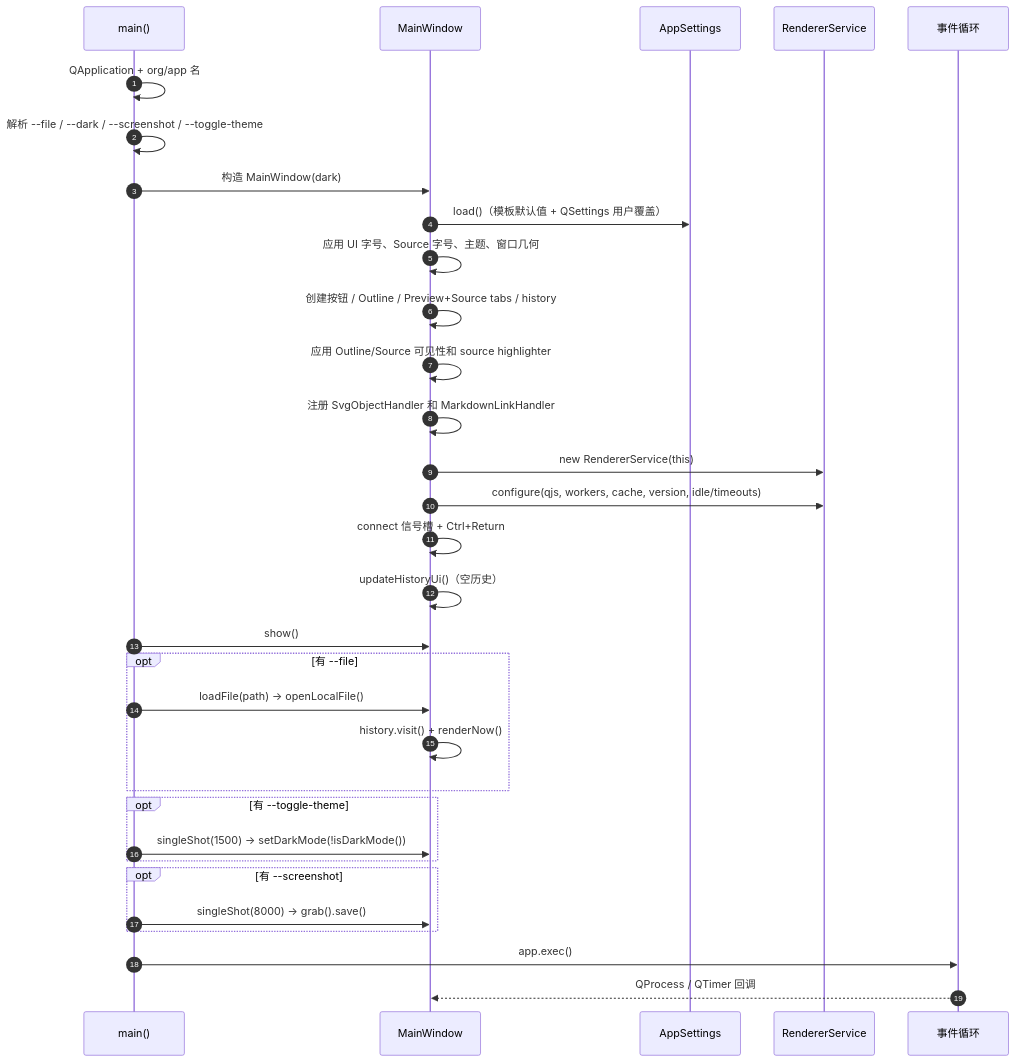
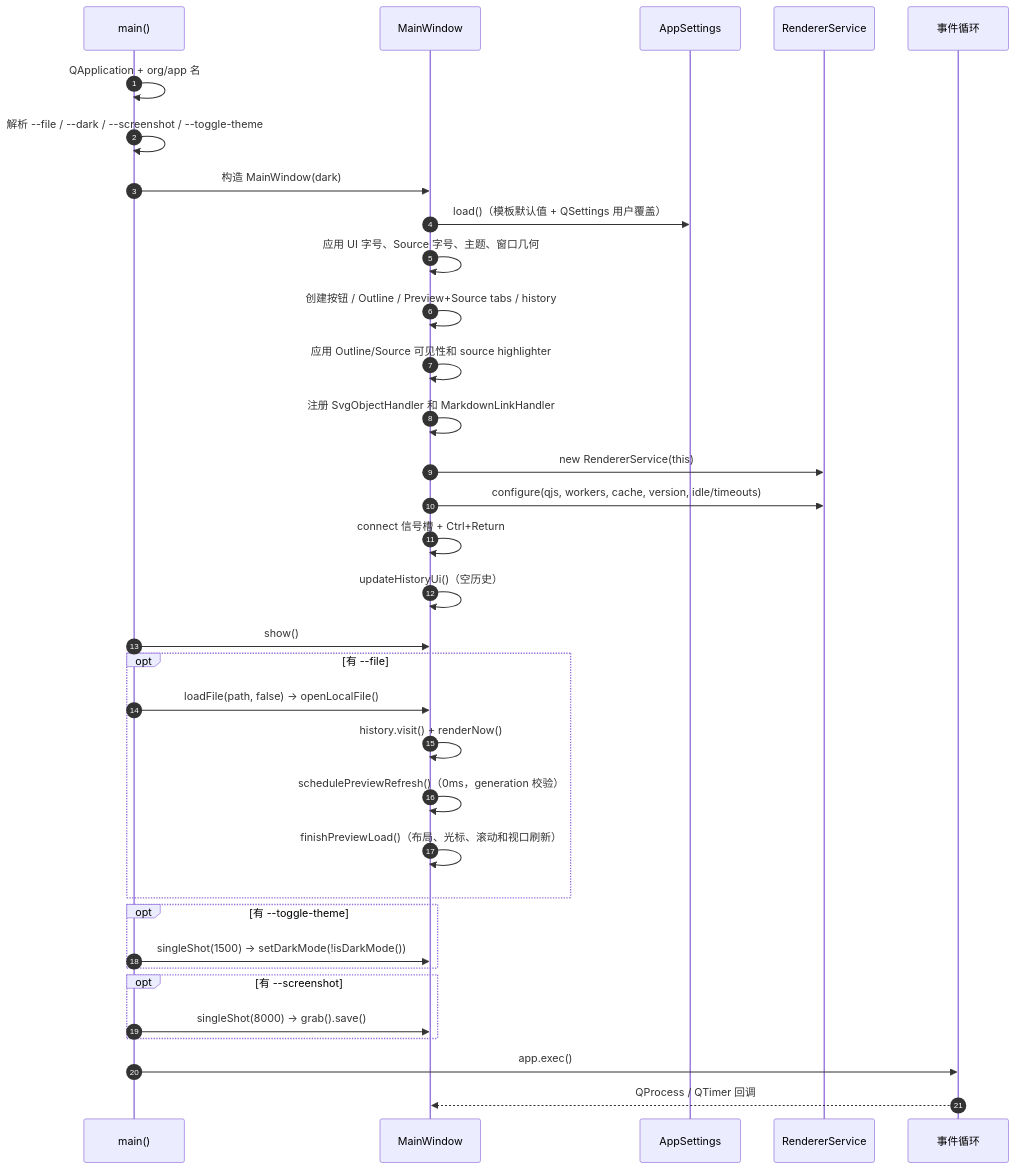
The first of 12 diagrams in docs/FLOW.md (iLogIng/qt-rich-text-renderer), drawn with Mermaid before and after one commit. The commit also changed other lines of this file and 6 other files, not shown here.

First line of the commit message:
fix: unify file loading and normalize preview refresh

````diff
--- a/docs/FLOW.md
+++ b/docs/FLOW.md
@@ -11,35 +11,37 @@
 ```mermaid
 sequenceDiagram
     autonumber
     participant M as main()
     participant W as MainWindow
     participant A as AppSettings
     participant S as RendererService
     participant E as 事件循环
 
     M->>M: QApplication + org/app 名
     M->>M: 解析 --file / --dark / --screenshot / --toggle-theme
     M->>W: 构造 MainWindow(dark)
     W->>A: load()（模板默认值 + QSettings 用户覆盖）
     W->>W: 应用 UI 字号、Source 字号、主题、窗口几何
     W->>W: 创建按钮 / Outline / Preview+Source tabs / history
     W->>W: 应用 Outline/Source 可见性和 source highlighter
     W->>W: 注册 SvgObjectHandler 和 MarkdownLinkHandler
     W->>S: new RendererService(this)
     W->>S: configure(qjs, workers, cache, version, idle/timeouts)
     W->>W: connect 信号槽 + Ctrl+Return
     W->>W: updateHistoryUi()（空历史）
     M->>W: show()
     opt 有 --file
-        M->>W: loadFile(path) → openLocalFile()
+        M->>W: loadFile(path, false) → openLocalFile()
         W->>W: history.visit() + renderNow()
+        W->>W: schedulePreviewRefresh()（0ms，generation 校验）
+        W->>W: finishPreviewLoad()（布局、光标、滚动和视口刷新）
     end
     opt 有 --toggle-theme
         M->>W: singleShot(1500) → setDarkMode(!isDarkMode())
     end
     opt 有 --screenshot
         M->>W: singleShot(8000) → grab().save()
     end
     M->>E: app.exec()
     E-->>W: QProcess / QTimer 回调
 ```
````
